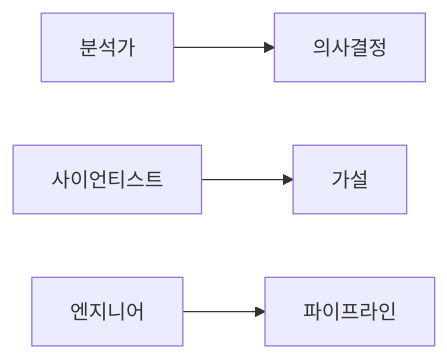
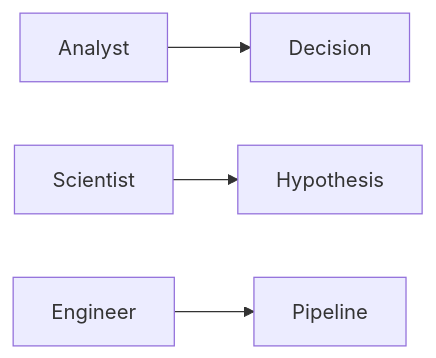
Before and after one commit to yeongseon-books/book-content: the diagram in content/data-science-career-101/ko/02-analyst-scientist-engineer.md, drawn with Mermaid. The commit also changed other lines of this file and 9 other files, not shown here.

````diff
--- a/content/data-science-career-101/ko/02-analyst-scientist-engineer.md
+++ b/content/data-science-career-101/ko/02-analyst-scientist-engineer.md
@@ -41,6 +51,6 @@
 ```mermaid
 flowchart LR
-    A[분석가] --> D[의사결정]
-    S[사이언티스트] --> H[가설]
-    E[엔지니어] --> P[파이프라인]
+    A[Analyst] --> D[Decision]
+    S[Scientist] --> H[Hypothesis]
+    E[Engineer] --> P[Pipeline]
 ```
````
